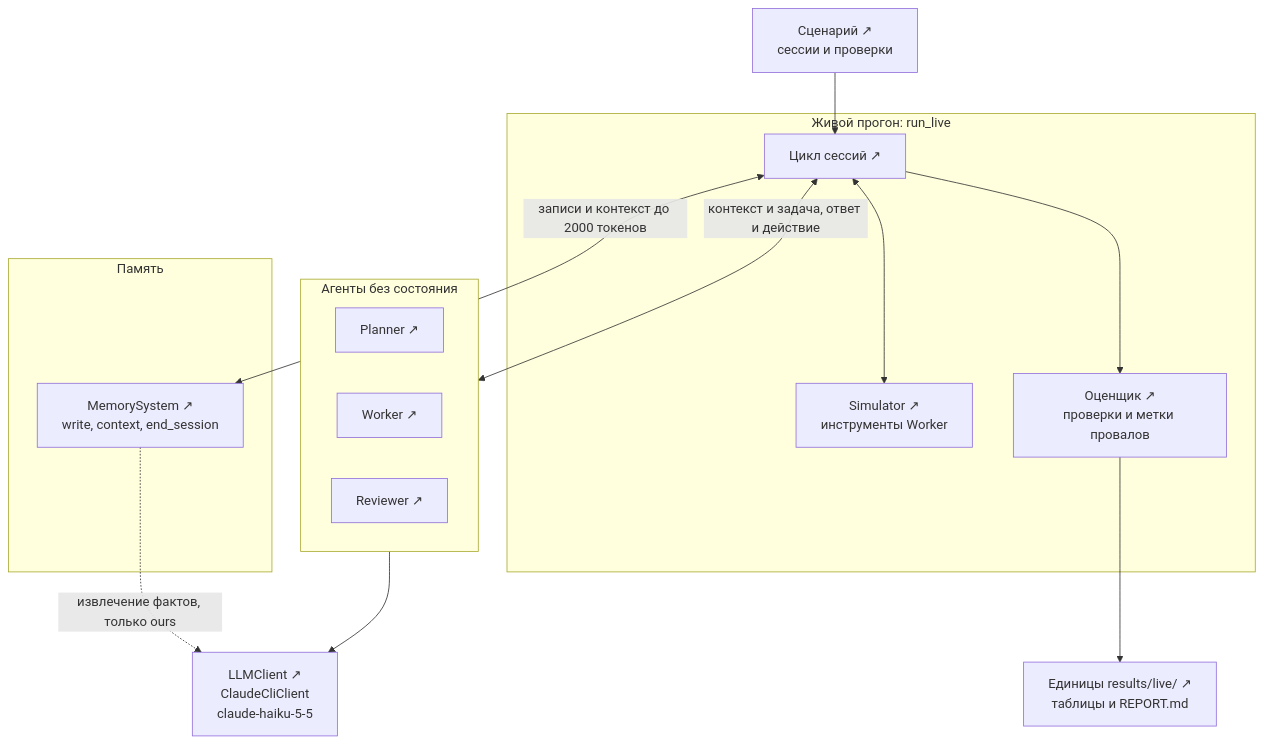
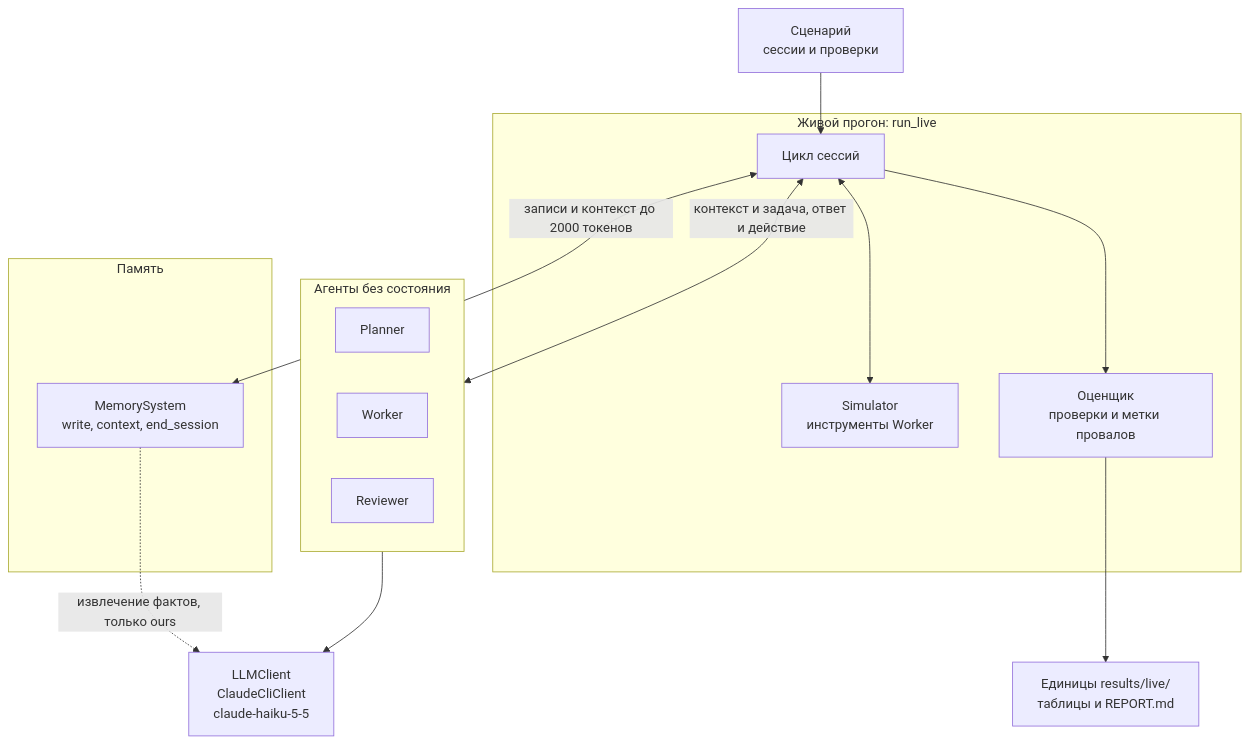
One commit to avikhorev/multi-agent-memory changed the first of 4 diagrams in docs/ARCHITECTURE.md. Above: the diagram before and after it, drawn with Mermaid. The commit also changed other lines of this file, not shown here.

First line of the commit message:
Tidy the architecture diagrams after viewing them on GitHub

````diff
--- a/docs/ARCHITECTURE.md
+++ b/docs/ARCHITECTURE.md
@@ -11,42 +11,42 @@
 ```mermaid
 flowchart TB
-    scenario["Сценарий ↗<br/>сессии и проверки"] --> loop
+    scenario["Сценарий<br/>сессии и проверки"] --> loop
 
     subgraph harness["Живой прогон: run_live"]
-        loop["Цикл сессий ↗"]
-        sim["Simulator ↗<br/>инструменты Worker"]
-        scorer["Оценщик ↗<br/>проверки и метки провалов"]
+        loop["Цикл сессий"]
+        sim["Simulator<br/>инструменты Worker"]
+        scorer["Оценщик<br/>проверки и метки провалов"]
     end
 
     subgraph memory["Память"]
-        api["MemorySystem ↗<br/>write, context, end_session"]
+        api["MemorySystem<br/>write, context, end_session"]
     end
 
     subgraph agents["Агенты без состояния"]
-        planner["Planner ↗"]
-        worker["Worker ↗"]
-        reviewer["Reviewer ↗"]
+        planner["Planner"]
+        worker["Worker"]
+        reviewer["Reviewer"]
     end
 
-    llm["LLMClient ↗<br/>ClaudeCliClient<br/>claude-haiku-5-5"]
-    results["Единицы results/live/ ↗<br/>таблицы и REPORT.md"]
+    llm["LLMClient<br/>ClaudeCliClient<br/>claude-haiku-5-5"]
+    results["Единицы results/live/<br/>таблицы и REPORT.md"]
 
     loop <-->|"записи и контекст до 2000 токенов"| api
     loop <-->|"контекст и задача, ответ и действие"| agents
     loop <--> sim
     loop --> scorer
     scorer --> results
     agents --> llm
     api -.->|"извлечение фактов, только ours"| llm
 
     click scenario href "https://github.com/avikhorev/multi-agent-memory/blob/18112222eb19dc6747d8ee919ad3317c25b77c6a/docs/SCENARIO_FORMAT.md"
     click loop href "https://github.com/avikhorev/multi-agent-memory/blob/18112222eb19dc6747d8ee919ad3317c25b77c6a/src/mam/live.py#L130-L203"
     click sim href "https://github.com/avikhorev/multi-agent-memory/blob/18112222eb19dc6747d8ee919ad3317c25b77c6a/src/mam/simulate.py#L14"
     click scorer href "https://github.com/avikhorev/multi-agent-memory/blob/18112222eb19dc6747d8ee919ad3317c25b77c6a/src/mam/scoring.py#L95"
     click api href "https://github.com/avikhorev/multi-agent-memory/blob/18112222eb19dc6747d8ee919ad3317c25b77c6a/src/mam/systems/base.py#L21"
     click planner href "https://github.com/avikhorev/multi-agent-memory/blob/18112222eb19dc6747d8ee919ad3317c25b77c6a/src/mam/agents.py#L22"
     click worker href "https://github.com/avikhorev/multi-agent-memory/blob/18112222eb19dc6747d8ee919ad3317c25b77c6a/src/mam/agents.py#L25"
     click reviewer href "https://github.com/avikhorev/multi-agent-memory/blob/18112222eb19dc6747d8ee919ad3317c25b77c6a/src/mam/agents.py#L31"
     click llm href "https://github.com/avikhorev/multi-agent-memory/blob/18112222eb19dc6747d8ee919ad3317c25b77c6a/src/mam/llm.py#L69"
     click results href "https://github.com/avikhorev/multi-agent-memory/blob/18112222eb19dc6747d8ee919ad3317c25b77c6a/results/live/main/tables.md"
 ```
````
